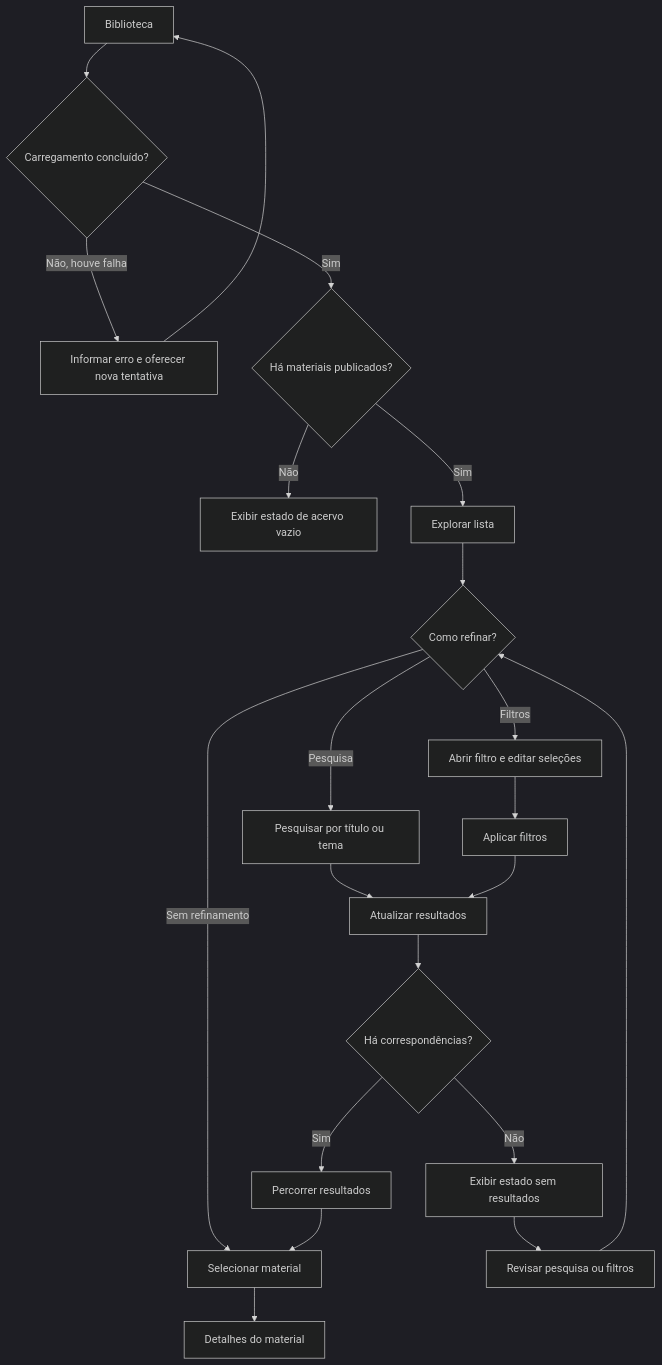
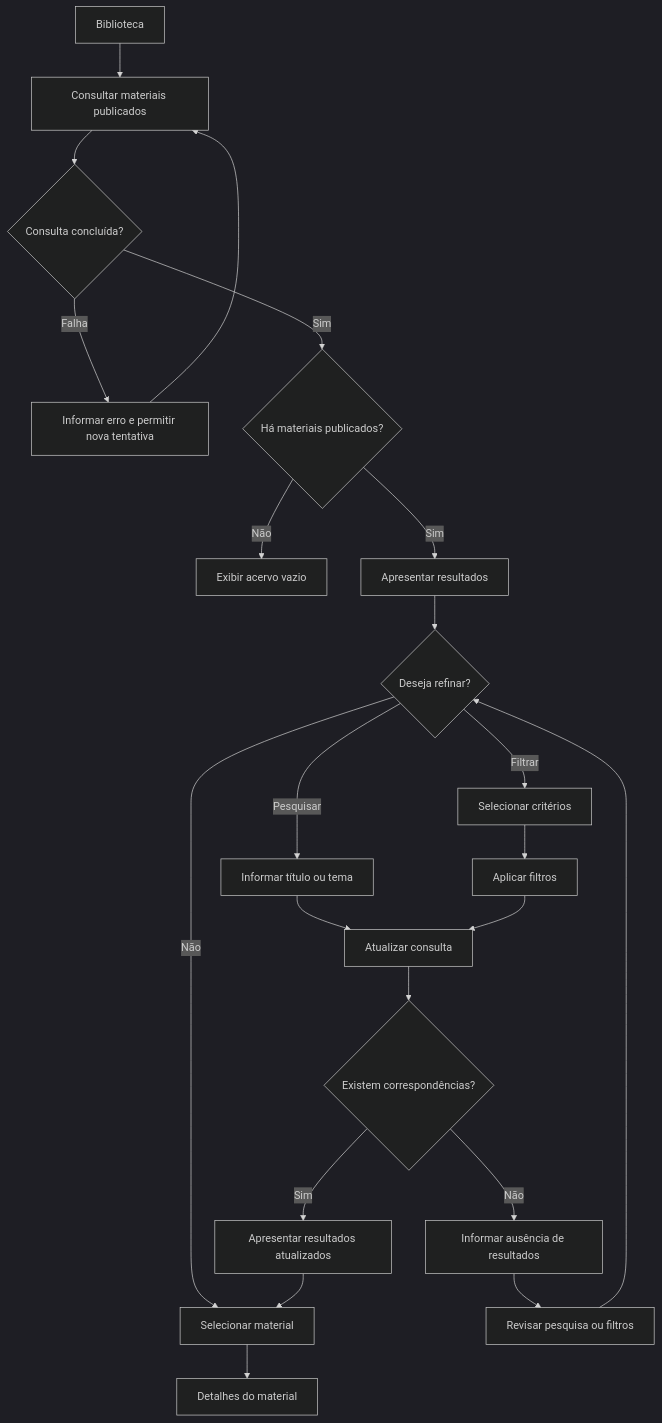
Before and after one commit to pedroalbuqu3rque/educomp: the third of 6 diagrams in docs/ux-ui/user-flow.md, drawn with Mermaid (dark theme). The commit also changed other lines of this file, not shown here.

Commit message:
docs(ux-ui): alinha user flow aos fluxos do MVP

````diff
--- a/docs/ux-ui/user-flow.md
+++ b/docs/ux-ui/user-flow.md
@@ -97,23 +179,31 @@
 ```mermaid
 flowchart TD
-    A[Biblioteca] --> B{Carregamento concluído?}
-    B -->|Não, houve falha| C[Informar erro e oferecer nova tentativa]
-    C --> A
-    B -->|Sim| D{Há materiais publicados?}
-    D -->|Não| E[Exibir estado de acervo vazio]
-    D -->|Sim| F[Explorar lista]
-    F --> G{Como refinar?}
-    G -->|Pesquisa| H[Pesquisar por título ou tema]
-    G -->|Filtros| I[Abrir filtro e editar seleções]
-    G -->|Sem refinamento| J[Selecionar material]
-    I --> K[Aplicar filtros]
-    H --> L[Atualizar resultados]
-    K --> L
-    L --> M{Há correspondências?}
-    M -->|Não| N[Exibir estado sem resultados]
-    N --> O[Revisar pesquisa ou filtros]
-    O --> G
-    M -->|Sim| P[Percorrer resultados]
-    P --> J
-    J --> Q[Detalhes do material]
+    A[Biblioteca] --> B[Consultar materiais publicados]
+    B --> C{Consulta concluída?}
+
+    C -->|Falha| D[Informar erro e permitir nova tentativa]
+    D --> B
+
+    C -->|Sim| E{Há materiais publicados?}
+    E -->|Não| F[Exibir acervo vazio]
+    E -->|Sim| G[Apresentar resultados]
+
+    G --> H{Deseja refinar?}
+    H -->|Pesquisar| I[Informar título ou tema]
+    H -->|Filtrar| J[Selecionar critérios]
+    H -->|Não| K[Selecionar material]
+
+    I --> L[Atualizar consulta]
+    J --> M[Aplicar filtros]
+    M --> L
+
+    L --> N{Existem correspondências?}
+    N -->|Não| O[Informar ausência de resultados]
+    O --> P[Revisar pesquisa ou filtros]
+    P --> H
+
+    N -->|Sim| Q[Apresentar resultados atualizados]
+    Q --> K
+
+    K --> R[Detalhes do material]
 ```
````
